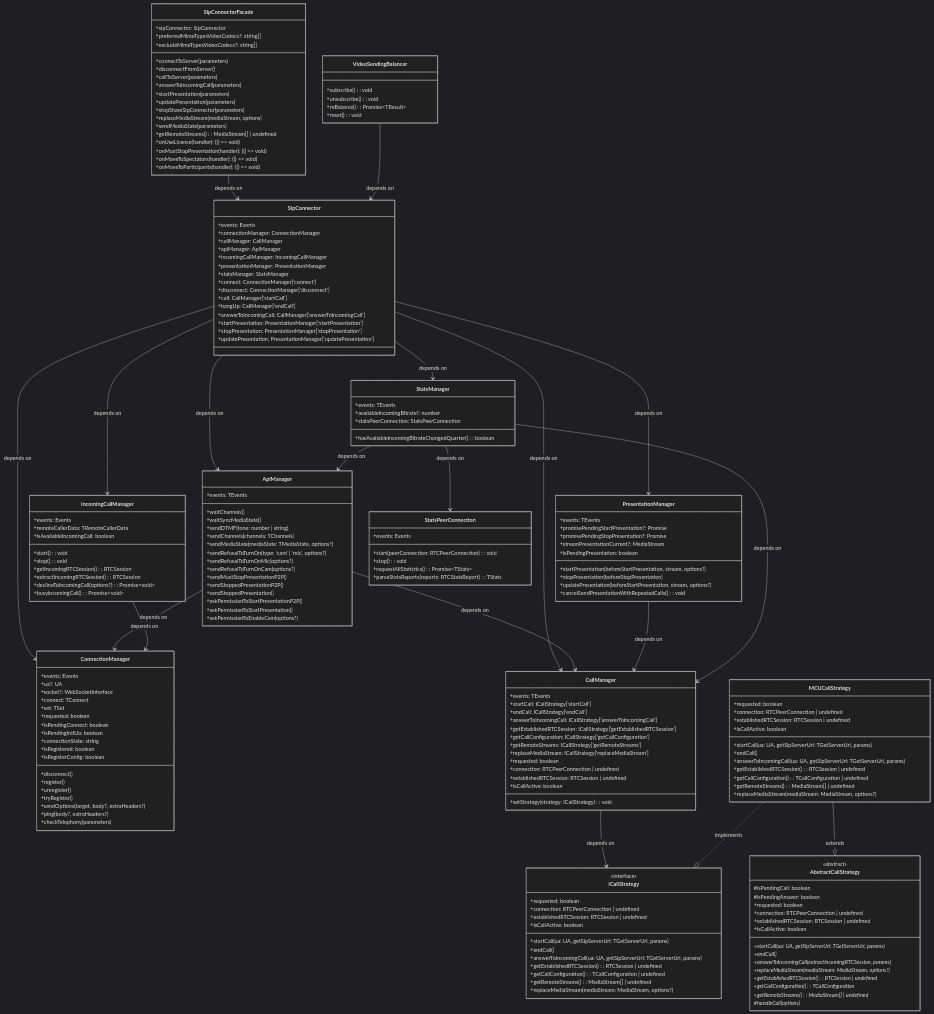
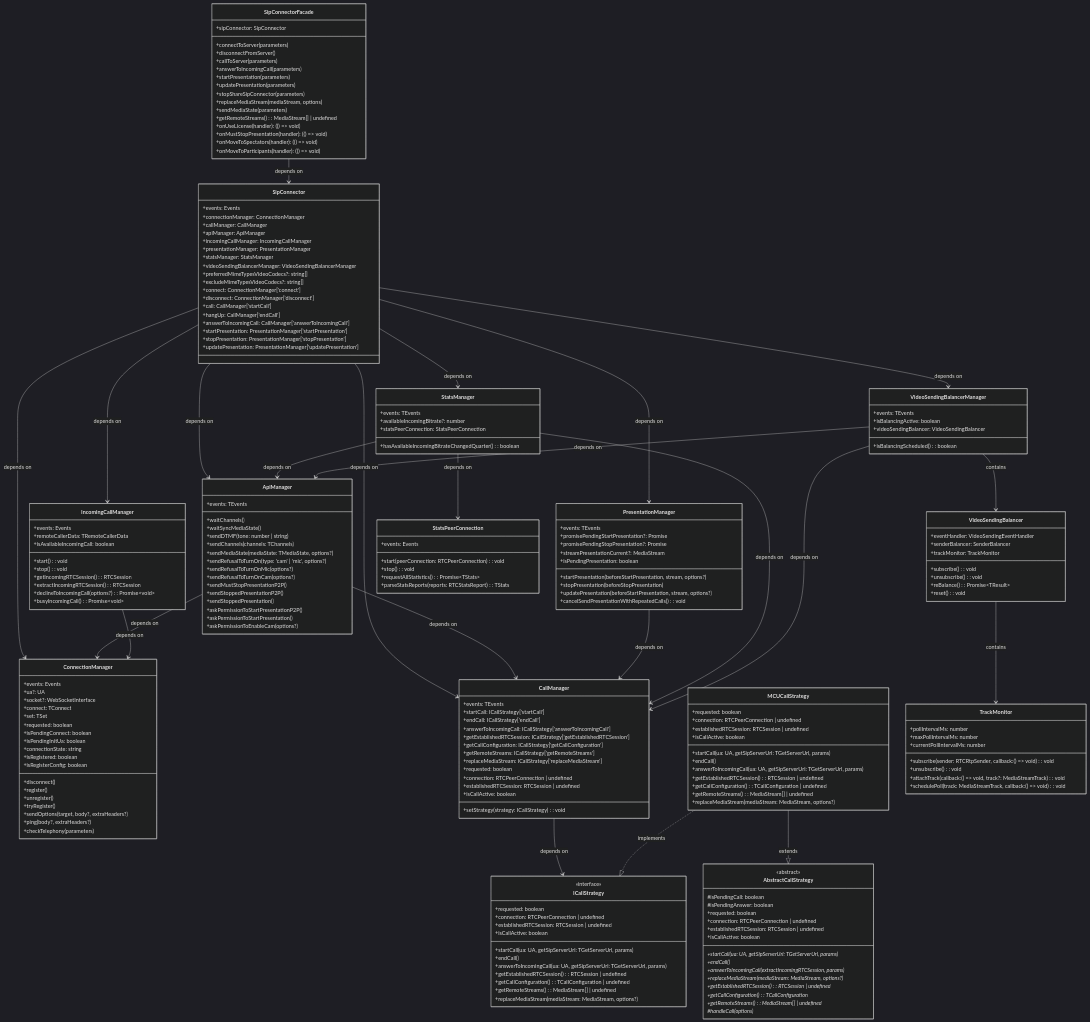
Before and after one commit to Krivega/sip-connector: the second of 2 diagrams in docs/arch.md, drawn with Mermaid (dark theme). The commit also changed other lines of this file, not shown here.

First line of the commit message:
docs: update architecture documentation for v16.0.0

````diff
--- a/docs/arch.md
+++ b/docs/arch.md
@@ -360,8 +432,6 @@
 
 class SipConnectorFacade {
   +sipConnector: SipConnector
-  +preferredMimeTypesVideoCodecs?: string[]
-  +excludeMimeTypesVideoCodecs?: string[]
   +connectToServer(parameters)
   +disconnectFromServer()
   +callToServer(parameters)
@@ -386,6 +456,9 @@
   +incomingCallManager: IncomingCallManager
   +presentationManager: PresentationManager
   +statsManager: StatsManager
+  +videoSendingBalancerManager: VideoSendingBalancerManager
+  +preferredMimeTypesVideoCodecs?: string[]
+  +excludeMimeTypesVideoCodecs?: string[]
   +connect: ConnectionManager['connect']
   +disconnect: ConnectionManager['disconnect']
   +call: CallManager['startCall']
@@ -511,11 +584,31 @@
   +hasAvailableIncomingBitrateChangedQuarter(): boolean
 }
 
+class VideoSendingBalancerManager {
+  +events: TEvents
+  +isBalancingActive: boolean
+  +videoSendingBalancer: VideoSendingBalancer
+  +isBalancingScheduled(): boolean
+}
+
 class VideoSendingBalancer {
+  +eventHandler: VideoSendingEventHandler
+  +senderBalancer: SenderBalancer
+  +trackMonitor: TrackMonitor
   +subscribe(): void
   +unsubscribe(): void
   +reBalance(): Promise~TResult~
   +reset(): void
+}
+
+class TrackMonitor {
+  +pollIntervalMs: number
+  +maxPollIntervalMs: number
+  +currentPollIntervalMs: number
+  +subscribe(sender: RTCRtpSender, callback: () => void): void
+  +unsubscribe(): void
+  +attachTrack(callback: () => void, track?: MediaStreamTrack): void
+  +schedulePoll(track: MediaStreamTrack, callback: () => void): void
 }
 
 class StatsPeerConnection {
@@ -551,6 +644,7 @@
 SipConnector --> IncomingCallManager : depends on
 SipConnector --> PresentationManager : depends on
 SipConnector --> StatsManager : depends on
+SipConnector --> VideoSendingBalancerManager : depends on
 
 ApiManager --> ConnectionManager : depends on
 ApiManager --> CallManager : depends on
@@ -563,9 +657,13 @@
 StatsManager --> ApiManager : depends on
 StatsManager --> StatsPeerConnection : depends on
 
+VideoSendingBalancerManager --> CallManager : depends on
+VideoSendingBalancerManager --> ApiManager : depends on
+VideoSendingBalancerManager --> VideoSendingBalancer : contains
+
+VideoSendingBalancer --> TrackMonitor : contains
+
 CallManager --> ICallStrategy : depends on
 MCUCallStrategy ..|> ICallStrategy : implements
 MCUCallStrategy --|> AbstractCallStrategy : extends
-
-VideoSendingBalancer --> SipConnector : depends on
 ```
````
